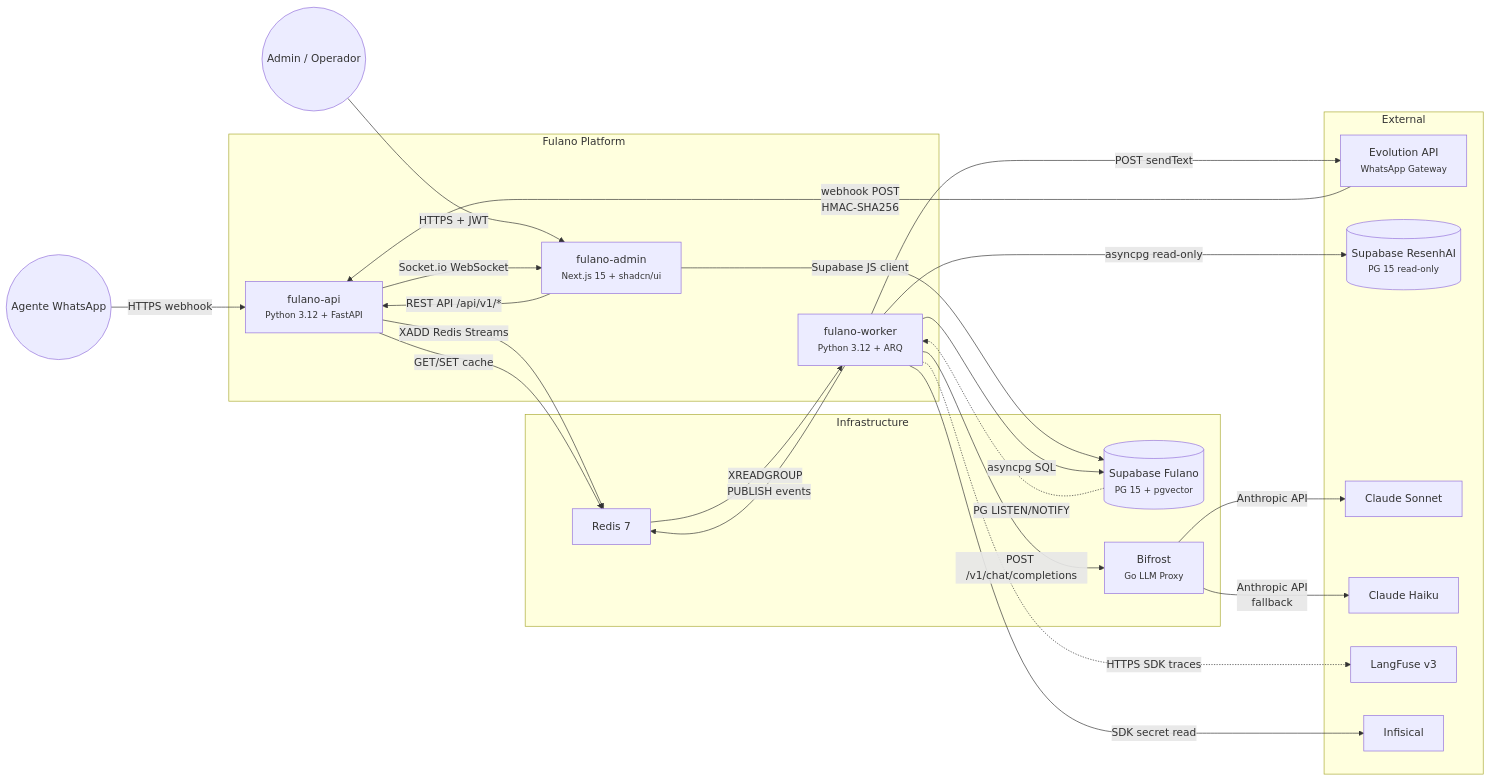
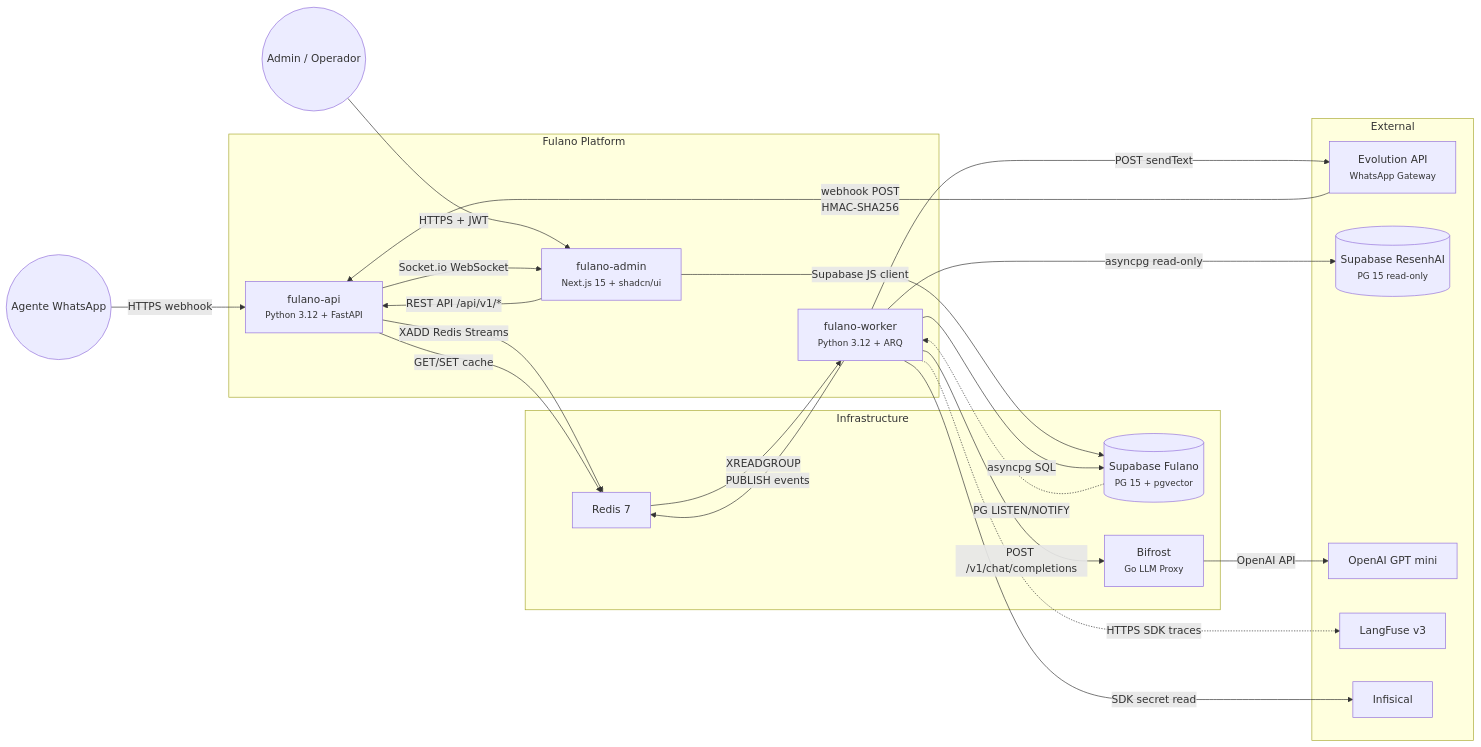
The diagram in platforms/fulano/engineering/blueprint.md (paceautomations/madruga.ai), drawn with Mermaid before and after one commit. The commit also changed other lines of this file and 7 other files, not shown here.

First line of the commit message:
fix: align fulano engineering docs — pipeline flow, enums, LLM provider

````diff
--- a/platforms/fulano/engineering/blueprint.md
+++ b/platforms/fulano/engineering/blueprint.md
@@ -38,59 +38,57 @@
 ```mermaid
 graph LR
     %% Actors
     agent(("Agente WhatsApp"))
     admin_user(("Admin / Operador"))
 
     %% Platform
     subgraph fulano ["Fulano Platform"]
         fulano-api["fulano-api<br/><small>Python 3.12 + FastAPI</small>"]
         fulano-worker["fulano-worker<br/><small>Python 3.12 + ARQ</small>"]
         fulano-admin["fulano-admin<br/><small>Next.js 15 + shadcn/ui</small>"]
     end
 
     %% Infrastructure
     subgraph infra ["Infrastructure"]
         redis["Redis 7"]
         supabase-fulano[("Supabase Fulano<br/><small>PG 15 + pgvector</small>")]
         bifrost["Bifrost<br/><small>Go LLM Proxy</small>"]
     end
 
     %% External Services
     subgraph external ["External"]
         evolution-api["Evolution API<br/><small>WhatsApp Gateway</small>"]
         supabase-resenhai[("Supabase ResenhAI<br/><small>PG 15 read-only</small>")]
-        claude-sonnet["Claude Sonnet"]
-        claude-haiku["Claude Haiku"]
+        openai-gpt-mini["OpenAI GPT mini"]
         langfuse["LangFuse v3"]
         infisical["Infisical"]
     end
 
     %% Actor connections
     agent -- "HTTPS webhook" --> fulano-api
     admin_user -- "HTTPS + JWT" --> fulano-admin
     evolution-api -- "webhook POST<br/>HMAC-SHA256" --> fulano-api
 
     %% Internal platform flows
     fulano-api -- "XADD Redis Streams" --> redis
     fulano-api -- "GET/SET cache" --> redis
     fulano-api -- "Socket.io WebSocket" --> fulano-admin
     fulano-admin -- "REST API /api/v1/*" --> fulano-api
     fulano-admin -- "Supabase JS client" --> supabase-fulano
     redis -- "XREADGROUP" --> fulano-worker
     fulano-worker -- "PUBLISH events" --> redis
 
     %% Worker → Infrastructure
     fulano-worker -- "asyncpg SQL" --> supabase-fulano
     supabase-fulano -. "PG LISTEN/NOTIFY" .-> fulano-worker
     fulano-worker -- "POST /v1/chat/completions" --> bifrost
 
     %% Worker → External
     fulano-worker -- "POST sendText" --> evolution-api
     fulano-worker -- "asyncpg read-only" --> supabase-resenhai
     fulano-worker -. "HTTPS SDK traces" .-> langfuse
     fulano-worker -- "SDK secret read" --> infisical
 
     %% Bifrost → LLMs
-    bifrost -- "Anthropic API" --> claude-sonnet
-    bifrost -- "Anthropic API<br/>fallback" --> claude-haiku
+    bifrost -- "OpenAI API" --> openai-gpt-mini
 ```
````
